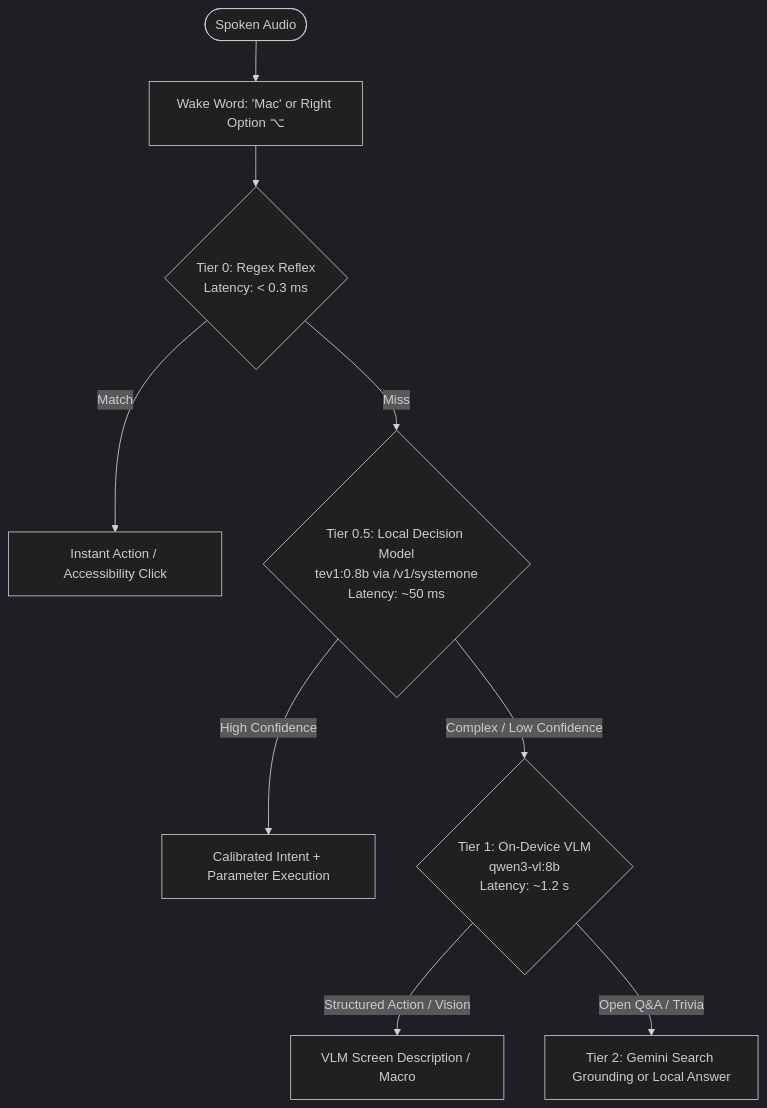
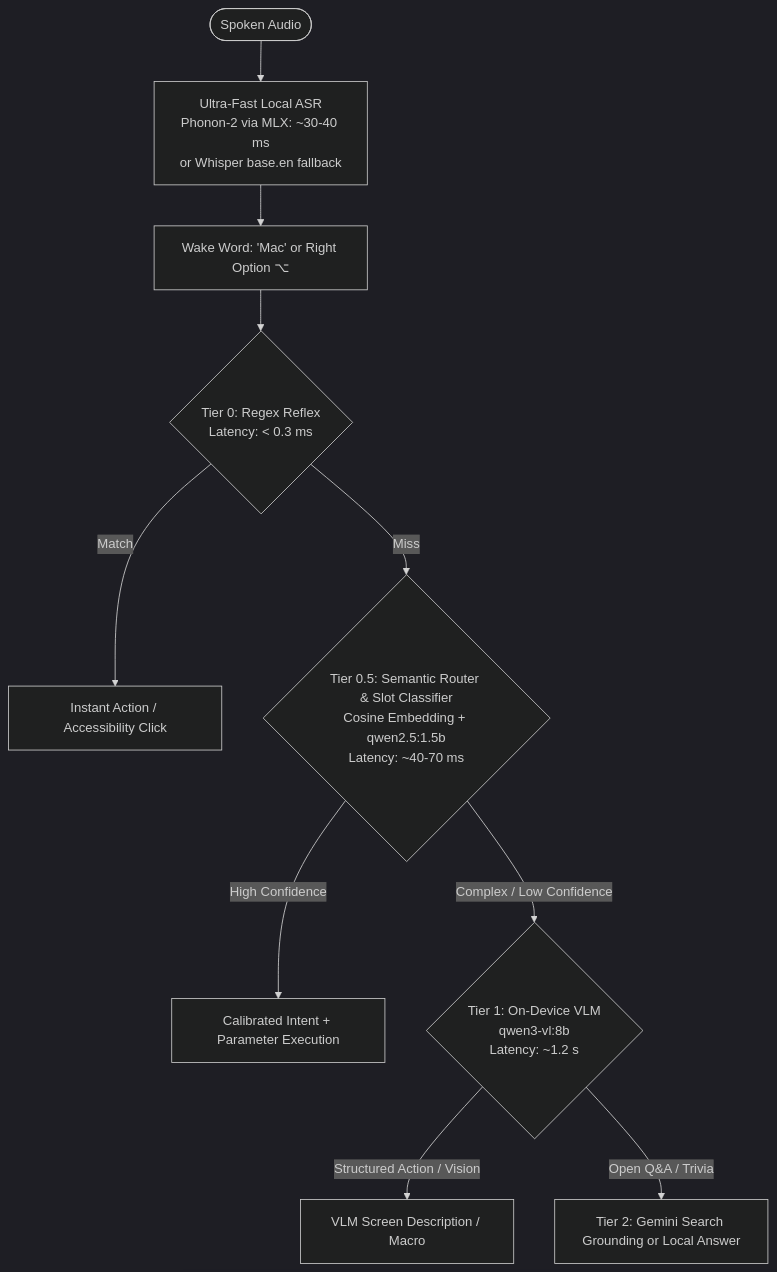
The diagram in README.md (bparlette/free-mac-voice), drawn with Mermaid (dark theme) before and after one commit. The commit also changed other lines of this file and 2 other files, not shown here.

Commit message:
docs: add Phonon-2 vs Whisper benchmark and update installation requirements

````diff
--- a/README.md
+++ b/README.md
@@ -46,11 +47,12 @@
 ```mermaid
 flowchart TD
-    Audio([Spoken Audio]) --> W[Wake Word: 'Mac' or Right Option ⌥]
+    Audio([Spoken Audio]) --> STT[Ultra-Fast Local ASR<br/>Phonon-2 via MLX: ~30-40 ms<br/>or Whisper base.en fallback]
+    STT --> W[Wake Word: 'Mac' or Right Option ⌥]
     W --> T0{Tier 0: Regex Reflex<br/>Latency: &lt; 0.3 ms}
     T0 -- Match --> E0[Instant Action / Accessibility Click]
-    T0 -- Miss --> T05{Tier 0.5: Local Decision Model<br/>tev1:0.8b via /v1/systemone<br/>Latency: ~50 ms}
+    T0 -- Miss --> T05{Tier 0.5: Semantic Router & Slot Classifier<br/>Cosine Embedding + qwen2.5:1.5b<br/>Latency: ~40-70 ms}
     T05 -- High Confidence --> E05[Calibrated Intent + Parameter Execution]
     T05 -- Complex / Low Confidence --> T1{Tier 1: On-Device VLM<br/>qwen3-vl:8b<br/>Latency: ~1.2 s}
     T1 -- Structured Action / Vision --> E1[VLM Screen Description / Macro]
     T1 -- Open Q&A / Trivia --> T2[Tier 2: Gemini Search Grounding or Local Answer]
 ```
````
